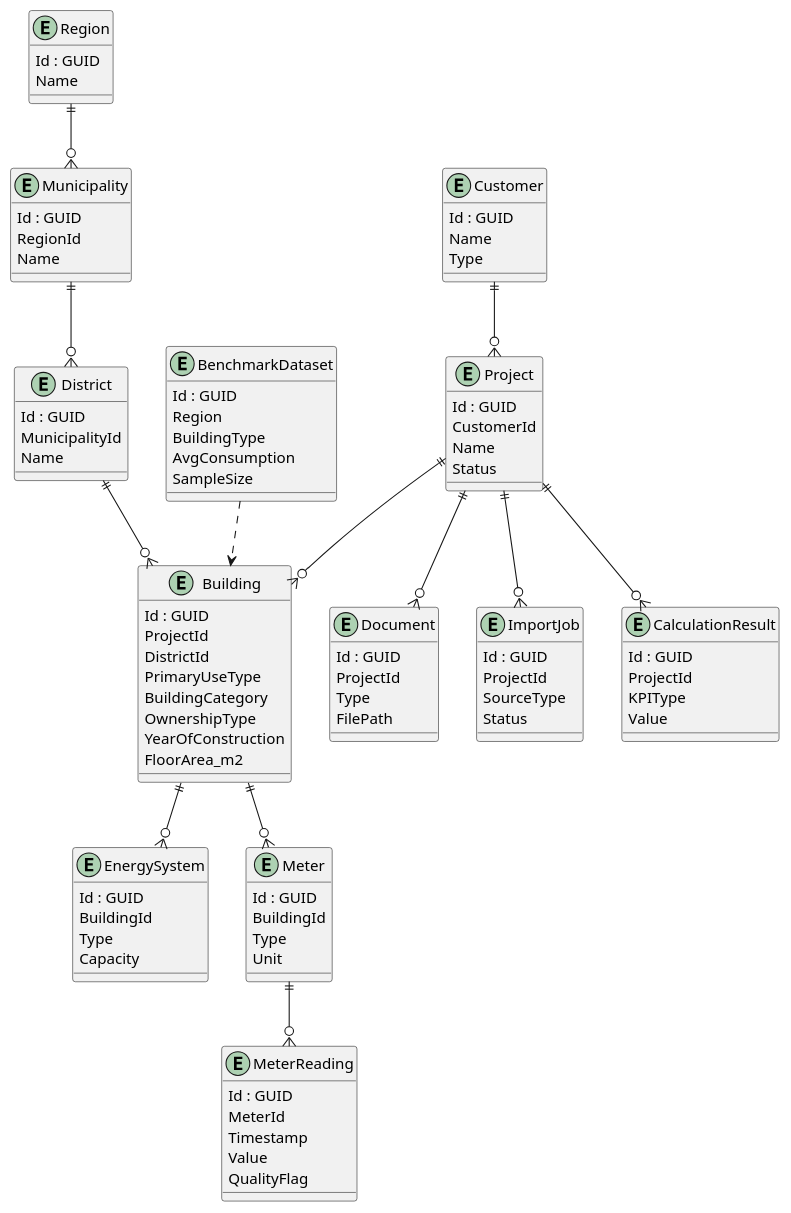
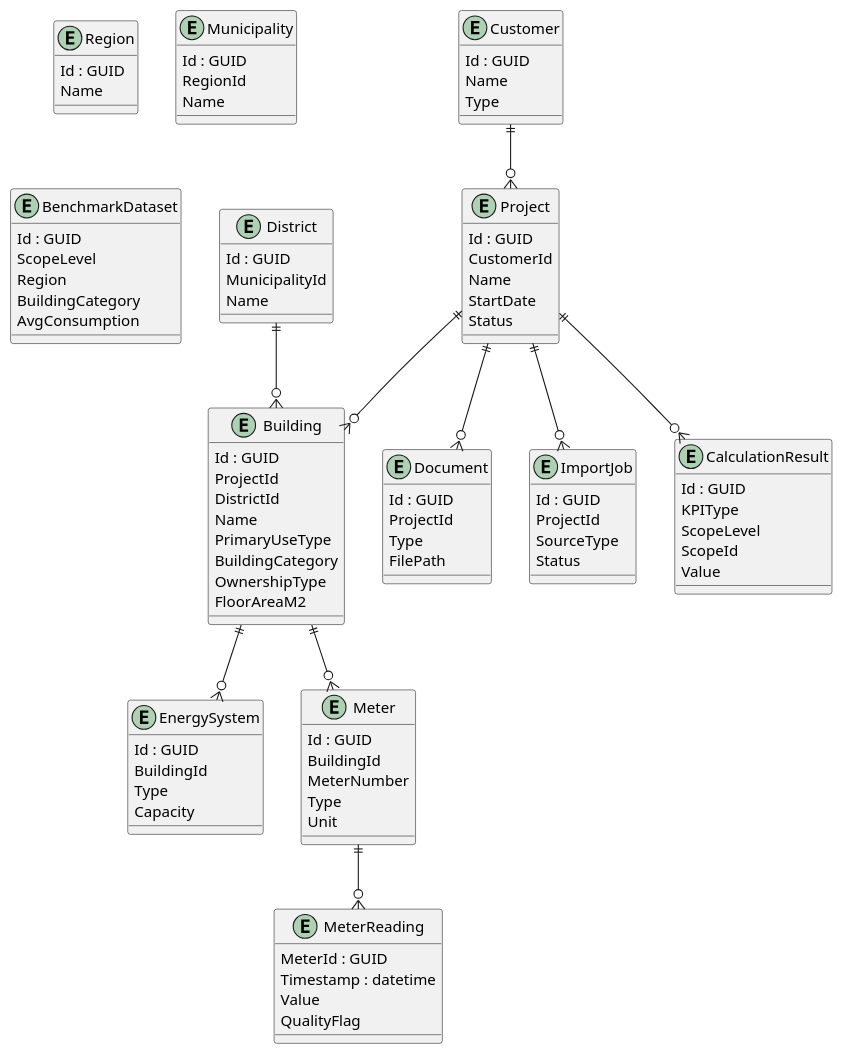
One commit to SimonSteinschaden/Data-Lake-House changed the diagram in docs/02_Data_Model.md. Above: the diagram before and after it, drawn with PlantUML. The commit also changed other lines of this file and 11 other files, not shown here.

````diff
--- a/docs/02_Data_Model.md
+++ b/docs/02_Data_Model.md
@@ -165,6 +171,7 @@
   Id : GUID
   CustomerId
   Name
+  StartDate
   Status
 }
 
@@ -189,11 +196,11 @@
   Id : GUID
   ProjectId
   DistrictId
+  Name
   PrimaryUseType
   BuildingCategory
   OwnershipType
-  YearOfConstruction
-  FloorArea_m2
+  FloorAreaM2
 }
 
 entity EnergySystem {
@@ -206,14 +213,14 @@
 entity Meter {
   Id : GUID
   BuildingId
+  MeterNumber
   Type
   Unit
 }
 
 entity MeterReading {
-  Id : GUID
-  MeterId
-  Timestamp
+  MeterId : GUID
+  Timestamp : datetime
   Value
   QualityFlag
 }
@@ -234,20 +241,19 @@
 
 entity CalculationResult {
   Id : GUID
-  ProjectId
   KPIType
+  ScopeLevel
+  ScopeId
   Value
 }
 
 entity BenchmarkDataset {
   Id : GUID
+  ScopeLevel
   Region
-  BuildingType
+  BuildingCategory
   AvgConsumption
-  SampleSize
 }
-
-
 
 Customer ||--o{ Project
 Project ||--o{ Building
@@ -258,8 +264,6 @@
 Project ||--o{ Document
 Project ||--o{ ImportJob
 Project ||--o{ CalculationResult
-BenchmarkDataset ..> Building
-Region ||--o{ Municipality
-Municipality ||--o{ District
+
 @enduml
 ```
````
